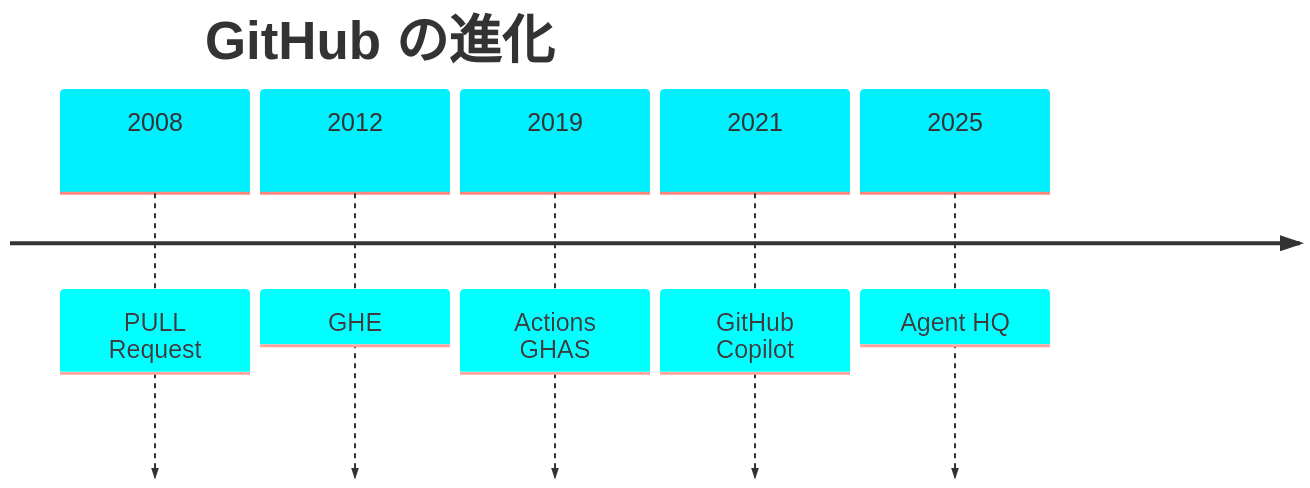
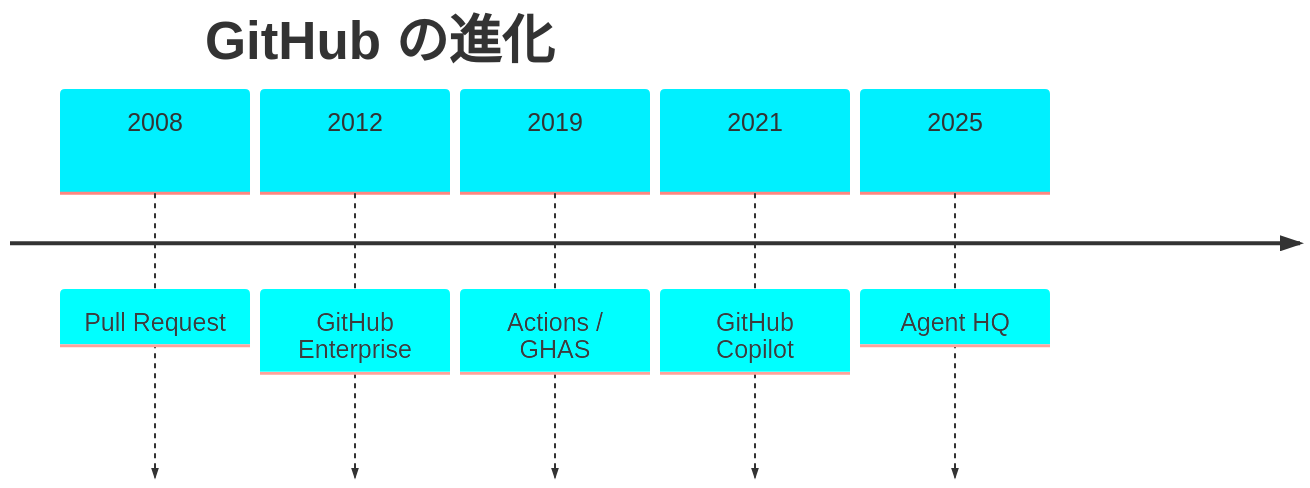
Before and after one commit to theomonfort/theomonfort: the first of 3 diagrams in src/content/glossary/github.md, drawn with Mermaid. The commit also changed other lines of this file and 10 other files, not shown here.

````diff
--- a/src/content/glossary/github.md
+++ b/src/content/glossary/github.md
@@ -40,33 +40,10 @@
 ```mermaid
----
-config:
-  theme: base
-  timeline:
-    disableMulticolor: true
-  themeVariables:
-    # This unifies the color of ALL tiles (0 through 11)
-    cScale0: "#00f0ff"
-    cScale1: "#00f0ff"
-    cScale2: "#00f0ff"
-    # This sets the global font base
-    fontSize: "25px"
-  themeCSS: |
-    .section-text, .task-text, .event-text, .label, text {
-      font-size: 40px !important;
-      font-weight: bold;
-      fill: #0a0e27 !important;
-    }
-    .timeline-header-text, text.titleText, .titleText {
-      font-size: 44px !important;
-      font-weight: bold;
-      fill: #e8f4ff !important;
-    }
----
+%%{init: {"theme":"base","timeline":{"disableMulticolor":true},"themeVariables":{"cScale0":"#00f0ff","cScale1":"#00f0ff","cScale2":"#00f0ff","fontSize":"25px"}}}%%
 timeline
   title GitHub の進化
-  2008 : PULL Request
-  2012 : GHE
-  2019 : Actions GHAS
+  2008 : Pull Request
+  2012 : GitHub Enterprise
+  2019 : Actions / GHAS
   2021 : GitHub Copilot
   2025 : Agent HQ
 ```
````
